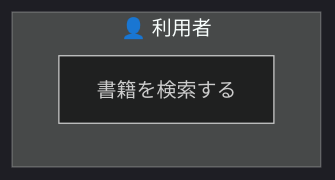
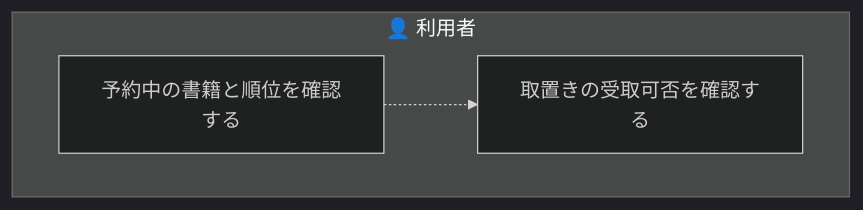
One commit to suwa-sh/suwa-sh-claude-plugins changed diagram 11 of 13 in samples/distillery/pipeline/rdra/latest/views/03_業務フロー.md. Above: the diagram before and after it, drawn with Mermaid (dark theme). The commit also changed other lines of this file and 1723 other files, not shown here.

````diff
--- a/samples/distillery/pipeline/rdra/latest/views/03_業務フロー.md
+++ b/samples/distillery/pipeline/rdra/latest/views/03_業務フロー.md
@@ -125,6 +263,8 @@
 ```mermaid
 graph TD
   subgraph LN1["👤 利用者"]
-    AT1["書籍を検索する"]
+    AT1["予約中の書籍と順位を確認する"]
+    AT2["取置きの受取可否を確認する"]
   end
+  AT1 -.-> AT2
 ```
````
